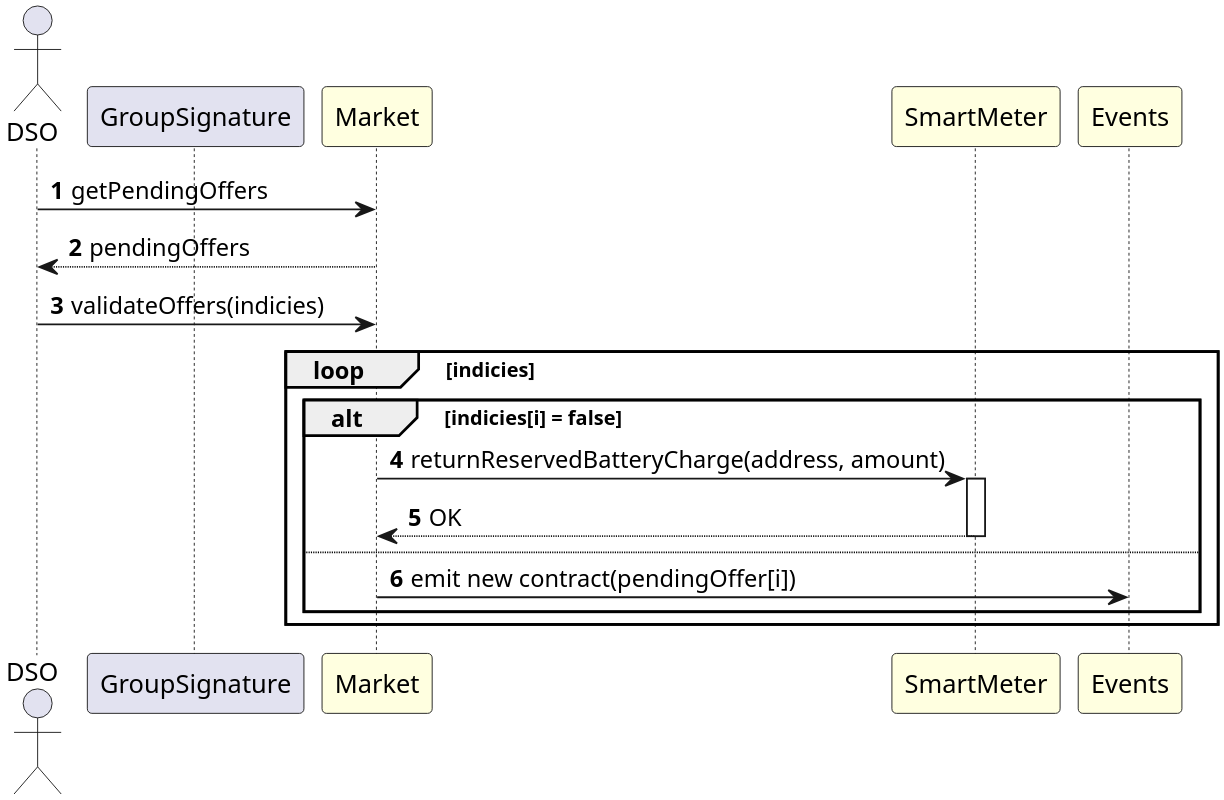
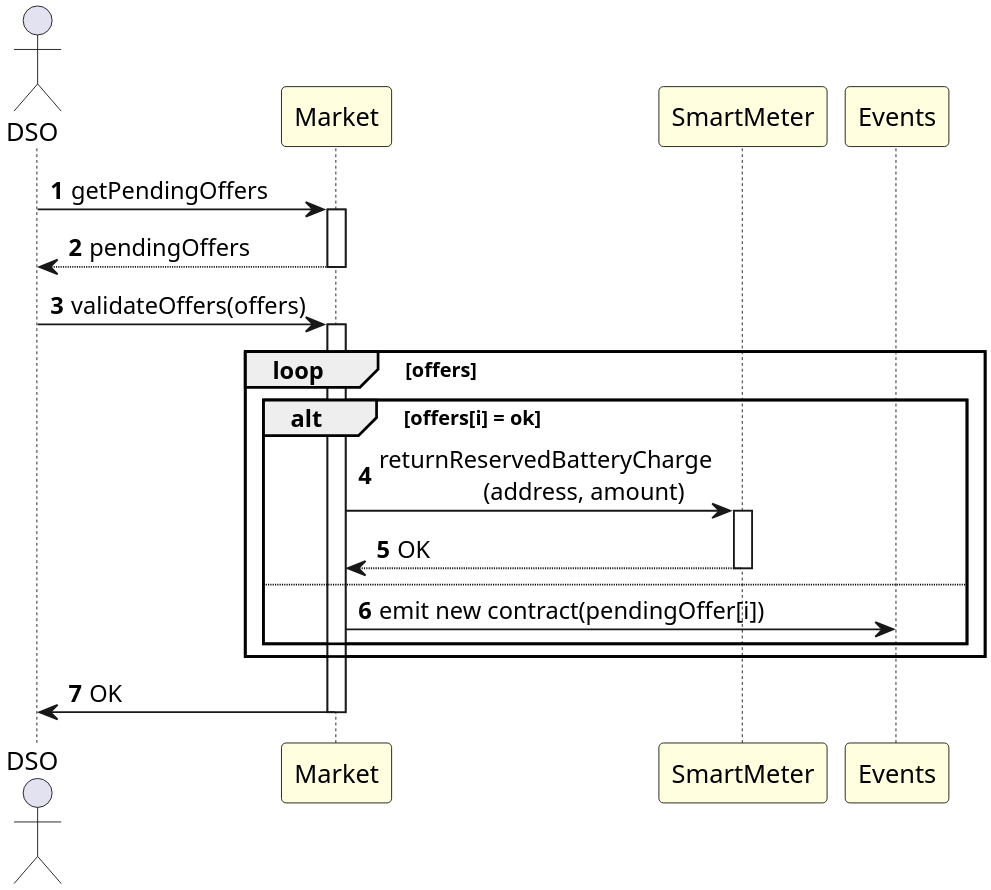
One commit to antonoeschmidt/SmartGridEmpowered changed the diagram in docs/SequenceDiagrams/validateOffers.puml. Above: the diagram before and after it, drawn with PlantUML. The commit also changed 10 other files, not shown here.

Commit message:
updated diagrams

```diff
--- a/docs/SequenceDiagrams/validateOffers.puml
+++ b/docs/SequenceDiagrams/validateOffers.puml
@@ -1,24 +1,24 @@
 @startuml BuyOffer
 actor DSO
-participant GroupSignature
 participant Market #LightYellow
 participant SmartMeter #LightYellow
 participant Events #LightYellow 
 
 skinparam dpi 300
 
 autonumber
 
-DSO -> Market: getPendingOffers
-Market --> DSO: pendingOffers
-DSO -> Market: validateOffers(indicies)
-loop indicies
-alt indicies[i] = false
-Market -> SmartMeter ++: returnReservedBatteryCharge(address, amount)
+DSO -> Market ++: getPendingOffers
+Market --> DSO --: pendingOffers
+DSO -> Market ++: validateOffers(offers)
+loop offers
+alt offers[i] = ok
+Market -> SmartMeter ++: returnReservedBatteryCharge\n\t\t (address, amount)
 SmartMeter --> Market --: OK
 else
 Market -> Events: emit new contract(pendingOffer[i])
 end
 end
+Market -> DSO --: OK
 
 @enduml
```
